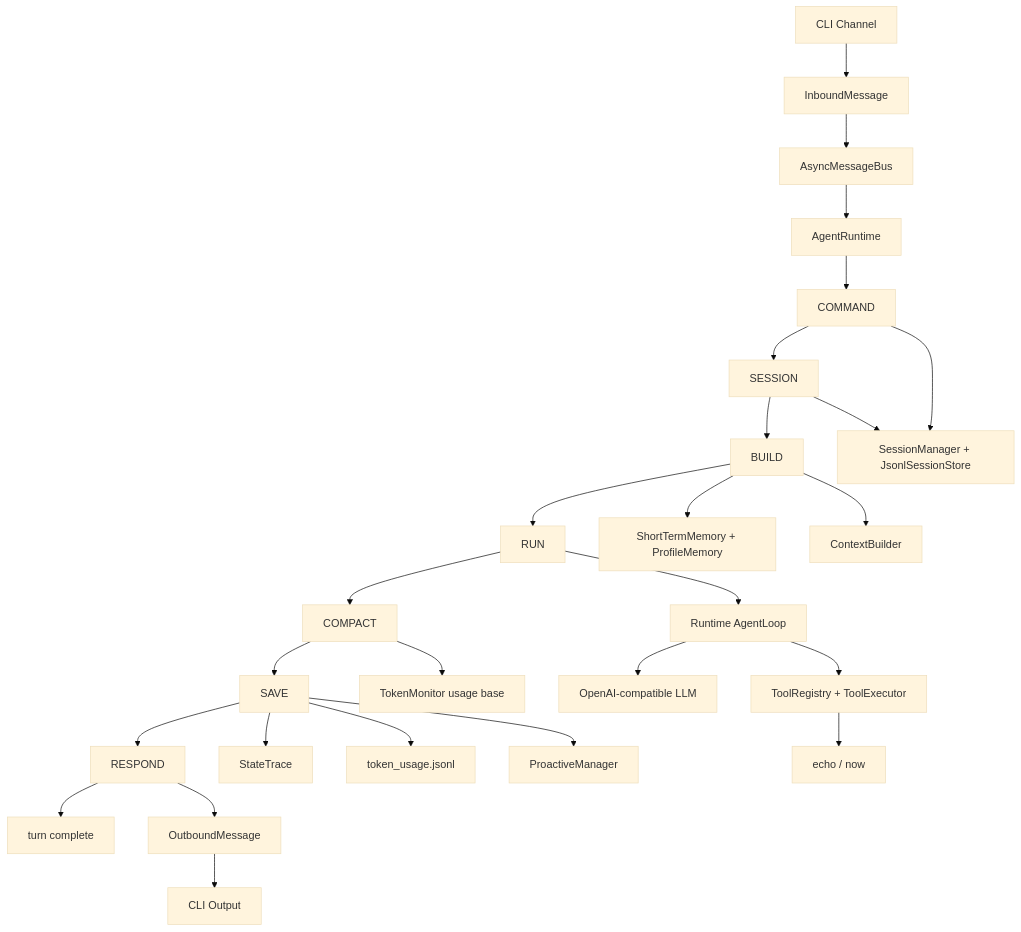
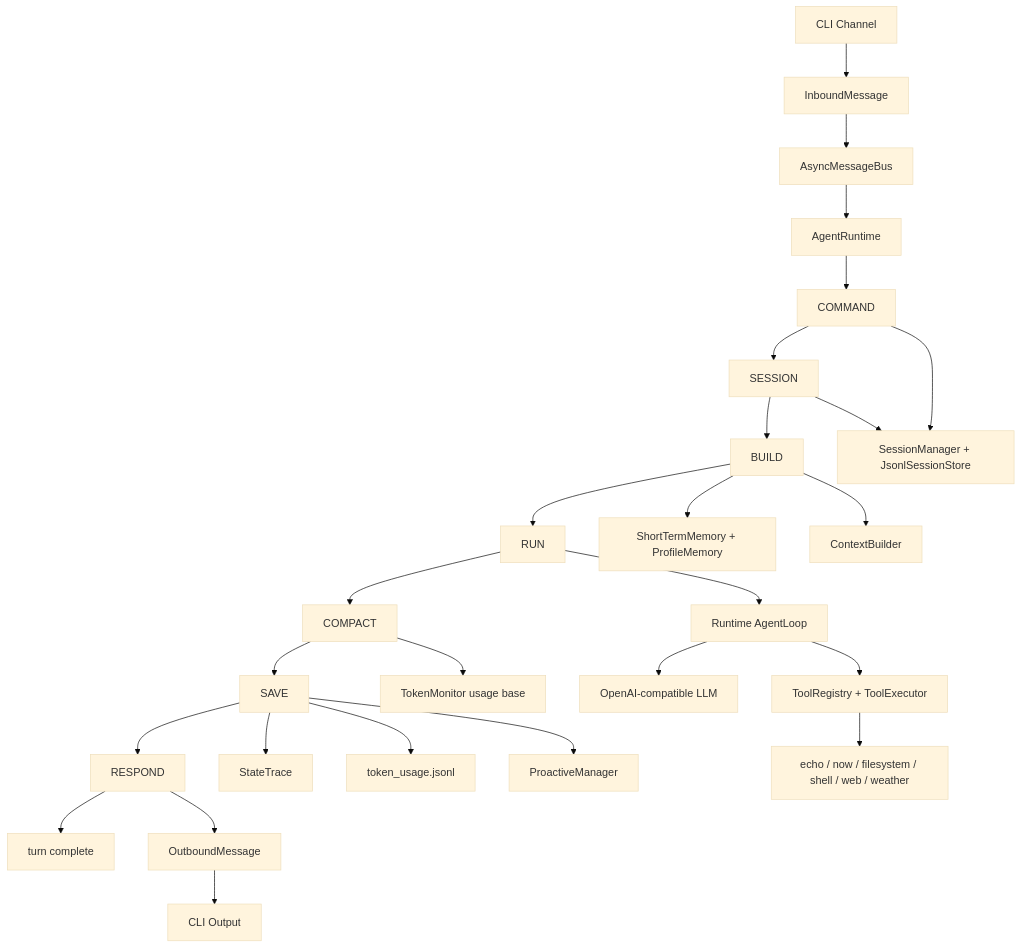
One commit to neystan/Turning-Good-Agent changed the diagram in README.md. Above: the diagram before and after it, drawn with Mermaid (base theme). The commit also changed other lines of this file and 12 other files, not shown here.

````diff
--- a/README.md
+++ b/README.md
@@ -81,33 +81,33 @@
 ```mermaid
 flowchart TD
     CLI[CLI Channel] --> Inbound[InboundMessage]
     Inbound --> Bus[AsyncMessageBus]
     Bus --> Runtime[AgentRuntime]
 
     Runtime --> Command[COMMAND]
     Command --> Session[SESSION]
     Session --> Build[BUILD]
     Build --> Run[RUN]
     Run --> Compact[COMPACT]
     Compact --> Save[SAVE]
     Save --> Respond[RESPOND]
     Respond --> End[turn complete]
 
     Command --> SessionStore[SessionManager + JsonlSessionStore]
     Session --> SessionStore
     Build --> Memory[ShortTermMemory + ProfileMemory]
     Build --> Context[ContextBuilder]
 
     Run --> AgentLoop[Runtime AgentLoop]
     AgentLoop --> LLM[OpenAI-compatible LLM]
     AgentLoop --> Tools[ToolRegistry + ToolExecutor]
-    Tools --> Builtins[echo / now]
+    Tools --> Builtins[echo / now / filesystem / shell / web / weather]
 
     Compact --> Token[TokenMonitor usage base]
     Save --> Trace[StateTrace]
     Save --> TokenUsage[token_usage.jsonl]
     Save --> Proactive[ProactiveManager]
 
     Respond --> Outbound[OutboundMessage]
     Outbound --> CLIOut[CLI Output]
 ```
````
